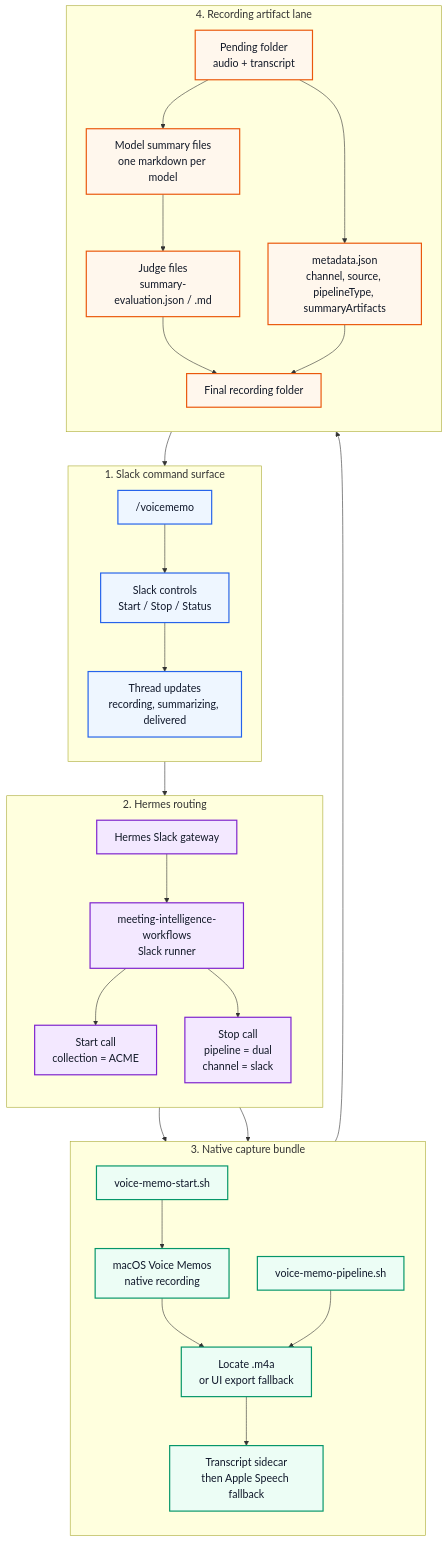
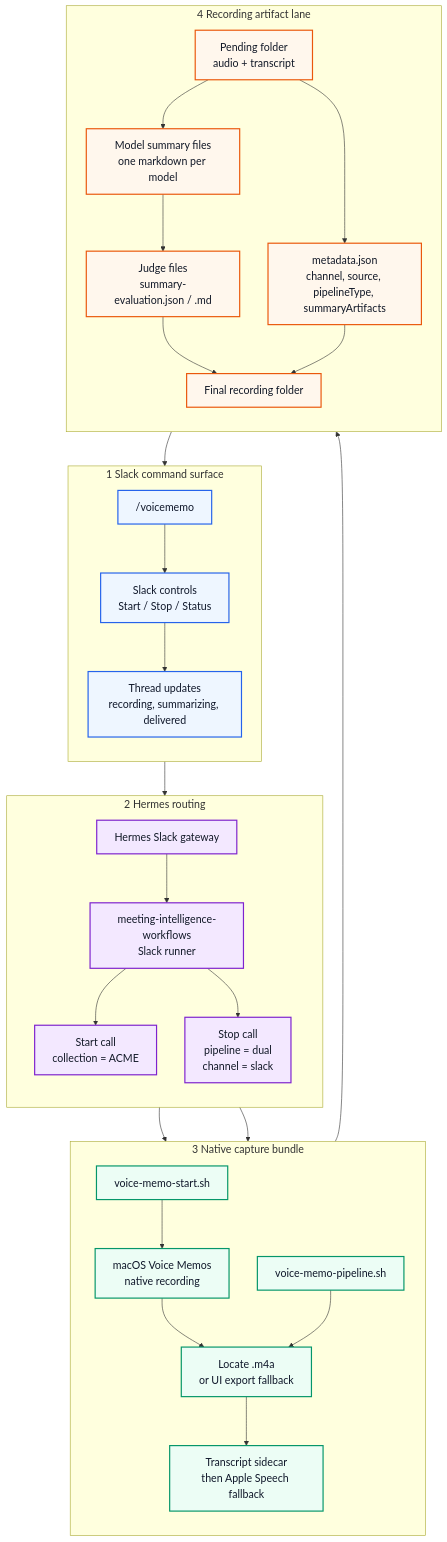
The diagram in docs/voicememo.md (jbelnick/meeting-intelligence-pipelines), drawn with Mermaid before and after one commit. The commit also changed 3 other files, not shown here.

````diff
--- a/docs/voicememo.md
+++ b/docs/voicememo.md
@@ -5,58 +5,58 @@
 ```mermaid
 %%{init: {"flowchart": {"curve": "basis", "nodeSpacing": 48, "rankSpacing": 58}, "themeVariables": {"fontSize": "18px", "fontFamily": "Inter, ui-sans-serif, system-ui"}}}%%
 flowchart TB
-    subgraph Slack["1. Slack command surface"]
+    subgraph Slack["1 Slack command surface"]
         direction TB
         Command["/voicememo"]
         Controls["Slack controls<br/>Start / Stop / Status"]
         Status["Thread updates<br/>recording, summarizing, delivered"]
     end
 
-    subgraph Hermes["2. Hermes routing"]
+    subgraph Hermes["2 Hermes routing"]
         direction TB
         Gateway["Hermes Slack gateway"]
         Runner["meeting-intelligence-workflows<br/>Slack runner"]
         StartCall["Start call<br/>collection = ACME"]
         StopCall["Stop call<br/>pipeline = dual<br/>channel = slack"]
     end
 
-    subgraph Native["3. Native capture bundle"]
+    subgraph Native["3 Native capture bundle"]
         direction TB
         Start["voice-memo-start.sh"]
         App["macOS Voice Memos<br/>native recording"]
         Stop["voice-memo-pipeline.sh"]
         Audio["Locate .m4a<br/>or UI export fallback"]
         Transcript["Transcript sidecar<br/>then Apple Speech fallback"]
     end
 
-    subgraph Artifacts["4. Recording artifact lane"]
+    subgraph Artifacts["4 Recording artifact lane"]
         direction TB
         Pending["Pending folder<br/>audio + transcript"]
         Summaries["Model summary files<br/>one markdown per model"]
         Eval["Judge files<br/>summary-evaluation.json / .md"]
         Metadata["metadata.json<br/>channel, source, pipelineType, summaryArtifacts"]
         Final["Final recording folder"]
     end
 
     Command --> Controls --> Gateway --> Runner
     Controls --> Status
     Runner --> StartCall --> Start --> App
     Runner --> StopCall --> Stop
     App --> Audio
     Stop --> Audio --> Transcript --> Pending
     Pending --> Summaries --> Eval
     Pending --> Metadata
     Eval --> Final
     Metadata --> Final
     Final --> Status
 
     classDef slack fill:#eef6ff,stroke:#2563eb,stroke-width:2px,color:#0f172a
     classDef hermes fill:#f3e8ff,stroke:#7e22ce,stroke-width:2px,color:#111827
     classDef native fill:#ecfdf5,stroke:#059669,stroke-width:2px,color:#0f172a
     classDef artifact fill:#fff7ed,stroke:#ea580c,stroke-width:2px,color:#111827
 
     class Command,Controls,Status slack
     class Gateway,Runner,StartCall,StopCall hermes
     class Start,App,Stop,Audio,Transcript native
     class Pending,Summaries,Eval,Metadata,Final artifact
 ```
````
